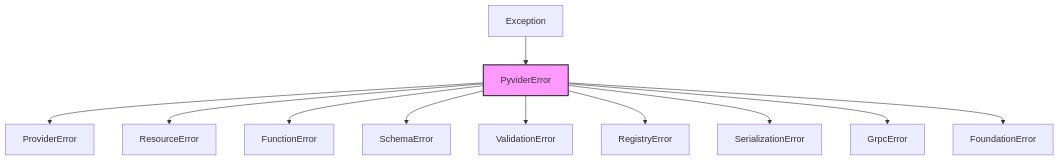
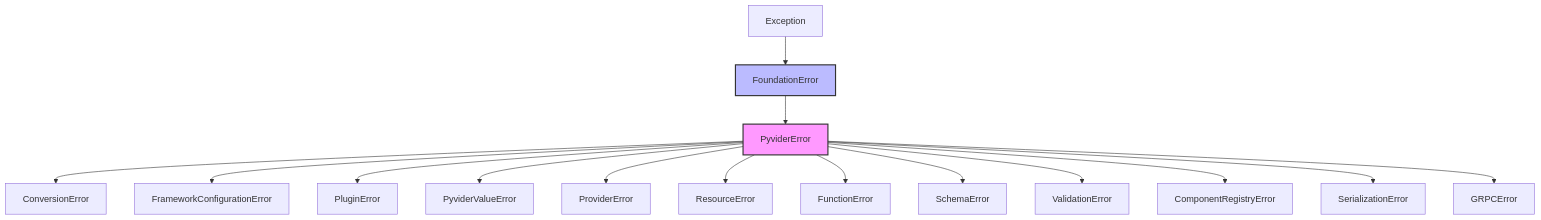
The diagram in docs/api/exceptions.md (provide-io/pyvider), drawn with Mermaid before and after one commit. The commit also changed other lines of this file, not shown here.

````diff
--- a/docs/api/exceptions.md
+++ b/docs/api/exceptions.md
@@ -7,16 +7,21 @@
 ```mermaid
 graph TB
     E[Exception]
-    E --> PE[PyviderError]
+    E --> FND[FoundationError]
+    FND --> PE[PyviderError]
+    PE --> CE[ConversionError]
+    PE --> FCE[FrameworkConfigurationError]
+    PE --> PLE[PluginError]
+    PE --> PVE[PyviderValueError]
     PE --> PRE[ProviderError]
     PE --> RE[ResourceError]
     PE --> FE[FunctionError]
     PE --> SE[SchemaError]
     PE --> VE[ValidationError]
-    PE --> REG[RegistryError]
+    PE --> REG[ComponentRegistryError]
     PE --> SER[SerializationError]
-    PE --> GE[GrpcError]
-    PE --> FND[FoundationError]
+    PE --> GE[GRPCError]
 
     style PE fill:#f9f,stroke:#333,stroke-width:2px
+    style FND fill:#bbf,stroke:#333,stroke-width:2px
 ```
````
